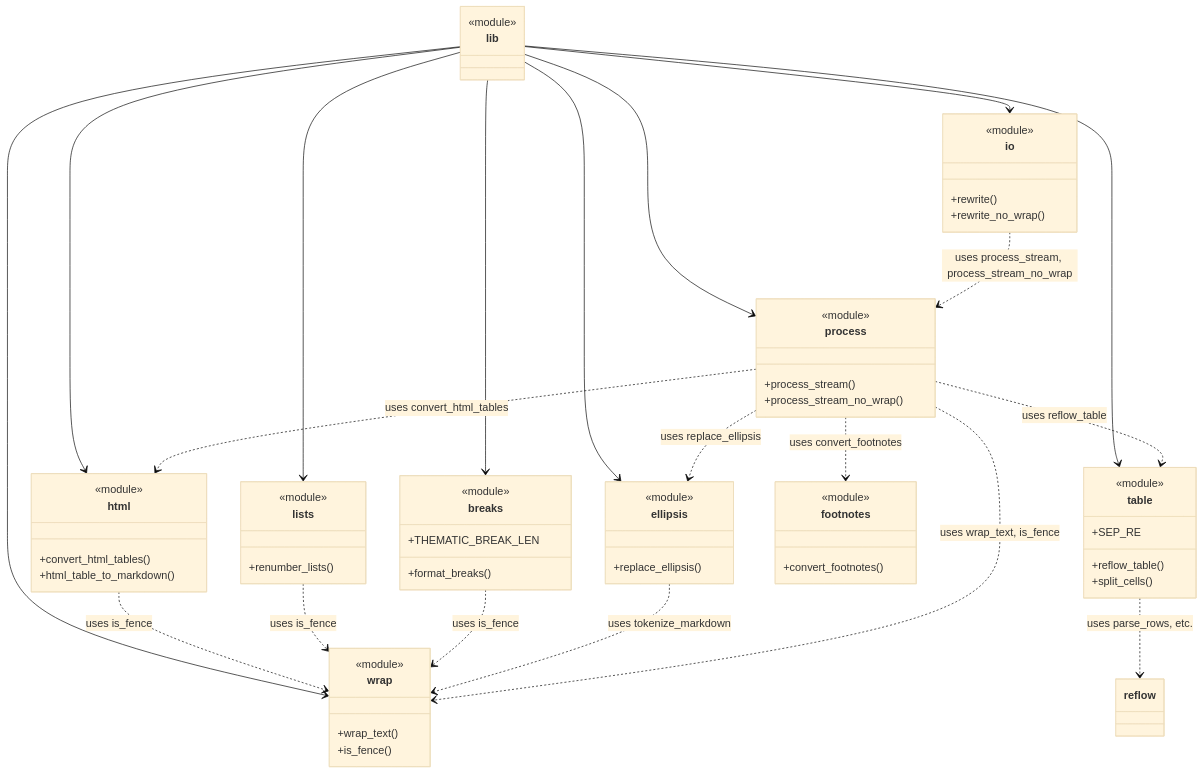
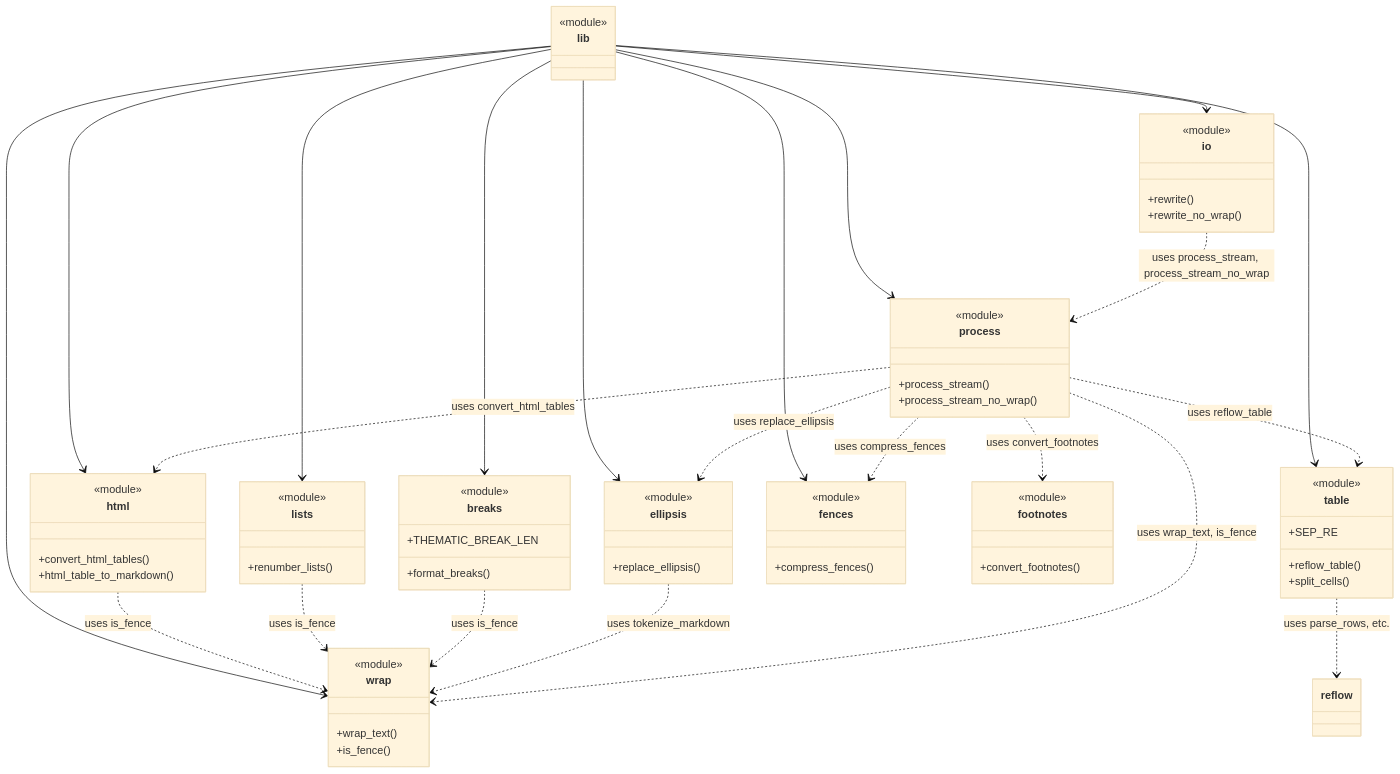
Before and after one commit to leynos/mdtablefix: the diagram in docs/module-relationships.md, drawn with Mermaid (base theme). The commit also changed 7 other files, not shown here.

````diff
--- a/docs/module-relationships.md
+++ b/docs/module-relationships.md
@@ -5,68 +5,74 @@
 ```mermaid
 classDiagram
     class lib {
         <<module>>
     }
     class html {
         <<module>>
         +convert_html_tables()
         +html_table_to_markdown()
     }
     class table {
         <<module>>
         +reflow_table()
         +split_cells()
         +SEP_RE
     }
     class wrap {
         <<module>>
         +wrap_text()
         +is_fence()
     }
     class lists {
         <<module>>
         +renumber_lists()
     }
     class breaks {
         <<module>>
         +format_breaks()
         +THEMATIC_BREAK_LEN
     }
     class ellipsis {
         <<module>>
         +replace_ellipsis()
     }
+    class fences {
+        <<module>>
+        +compress_fences()
+    }
     class footnotes {
         <<module>>
         +convert_footnotes()
     }
     class process {
         <<module>>
         +process_stream()
         +process_stream_no_wrap()
     }
     class io {
         <<module>>
         +rewrite()
         +rewrite_no_wrap()
     }
     lib --> html
     lib --> table
     lib --> wrap
     lib --> lists
     lib --> breaks
     lib --> ellipsis
+    lib --> fences
     lib --> process
     lib --> io
     html ..> wrap : uses is_fence
     table ..> reflow : uses parse_rows, etc.
     lists ..> wrap : uses is_fence
     breaks ..> wrap : uses is_fence
     ellipsis ..> wrap : uses tokenize_markdown
     process ..> html : uses convert_html_tables
     process ..> table : uses reflow_table
     process ..> wrap : uses wrap_text, is_fence
+    process ..> fences : uses compress_fences
     process ..> ellipsis : uses replace_ellipsis
     process ..> footnotes : uses convert_footnotes
     io ..> process : uses process_stream, process_stream_no_wrap
 ```
````
